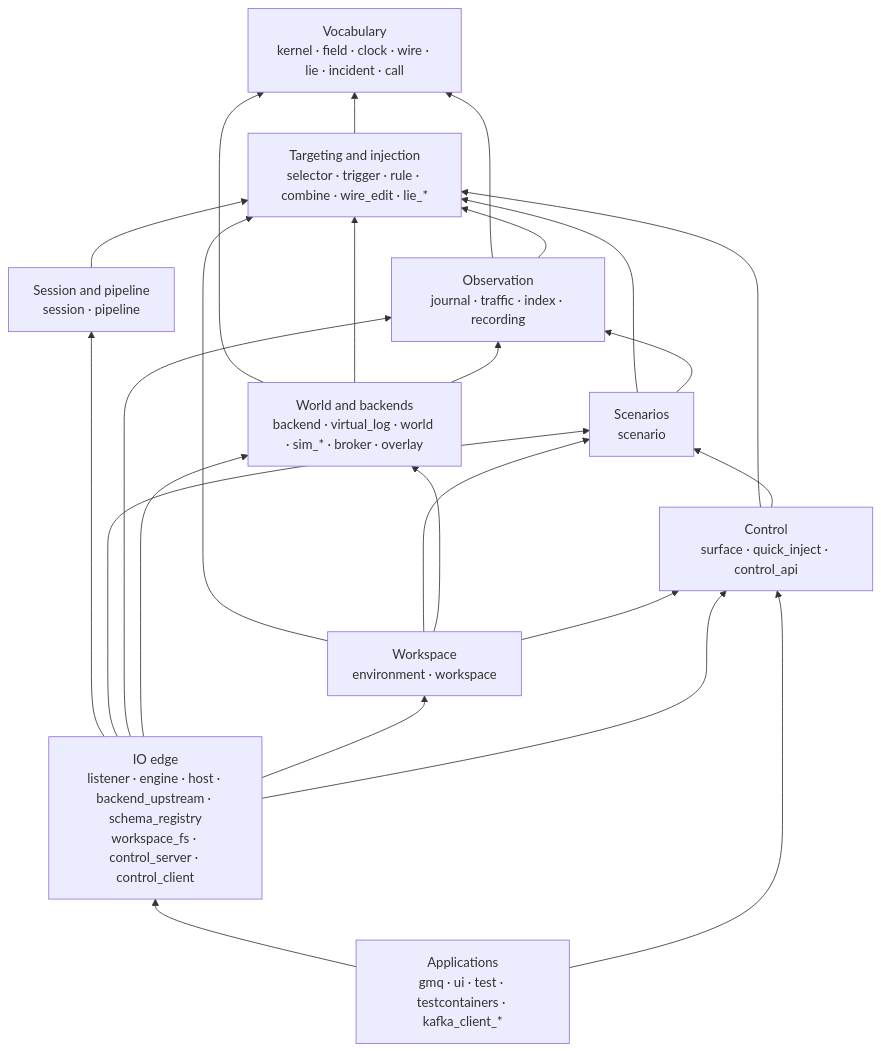
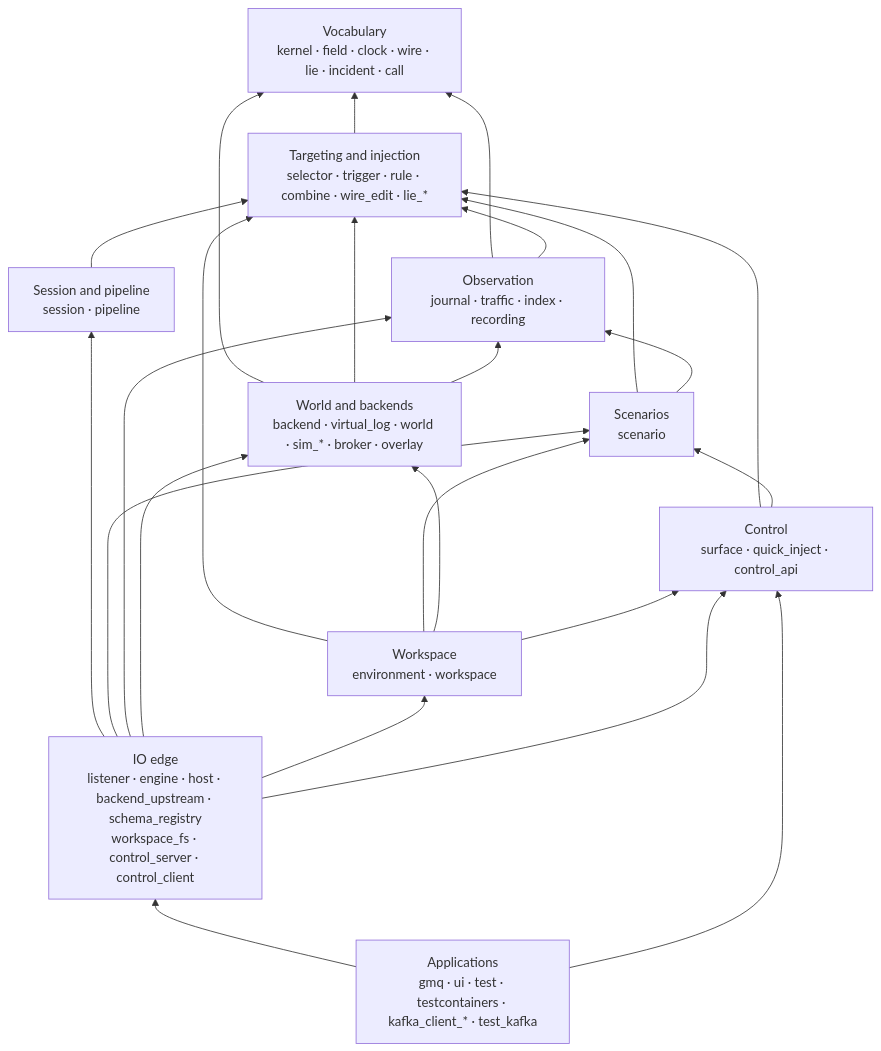
The diagram in docs/specs/architecture/crates.md (cruxy-eu/gaslightmq), drawn with Mermaid before and after one commit. The commit also changed other lines of this file and 41 other files, not shown here.

First line of the commit message:
feat(test_kafka): add gaslightmq_test_kafka, and test the Kafka client against real brokers (#42)

````diff
--- a/docs/specs/architecture/crates.md
+++ b/docs/specs/architecture/crates.md
@@ -128,37 +128,37 @@
 ```mermaid
 flowchart BT
   V["Vocabulary<br/>kernel · field · clock · wire · lie · incident · call"]
   T["Targeting and injection<br/>selector · trigger · rule · combine · wire_edit · lie_*"]
   P["Session and pipeline<br/>session · pipeline"]
   S["Scenarios<br/>scenario"]
   O["Observation<br/>journal · traffic · index · recording"]
   W["World and backends<br/>backend · virtual_log · world · sim_* · broker · overlay"]
   F["Workspace<br/>environment · workspace"]
   C["Control<br/>surface · quick_inject · control_api"]
   IO["IO edge<br/>listener · engine · host · backend_upstream · schema_registry<br/>workspace_fs · control_server · control_client"]
-  A["Applications<br/>gmq · ui · test · testcontainers · kafka_client_*"]
+  A["Applications<br/>gmq · ui · test · testcontainers · kafka_client_* · test_kafka"]
 
   T --> V
   P --> T
   S --> T
   S --> O
   O --> V
   O --> T
   W --> V
   W --> T
   W --> O
   F --> T
   F --> S
   F --> W
   F --> C
   C --> T
   C --> S
   IO --> P
   IO --> S
   IO --> O
   IO --> W
   IO --> F
   IO --> C
   A --> IO
   A --> C
 ```
````
